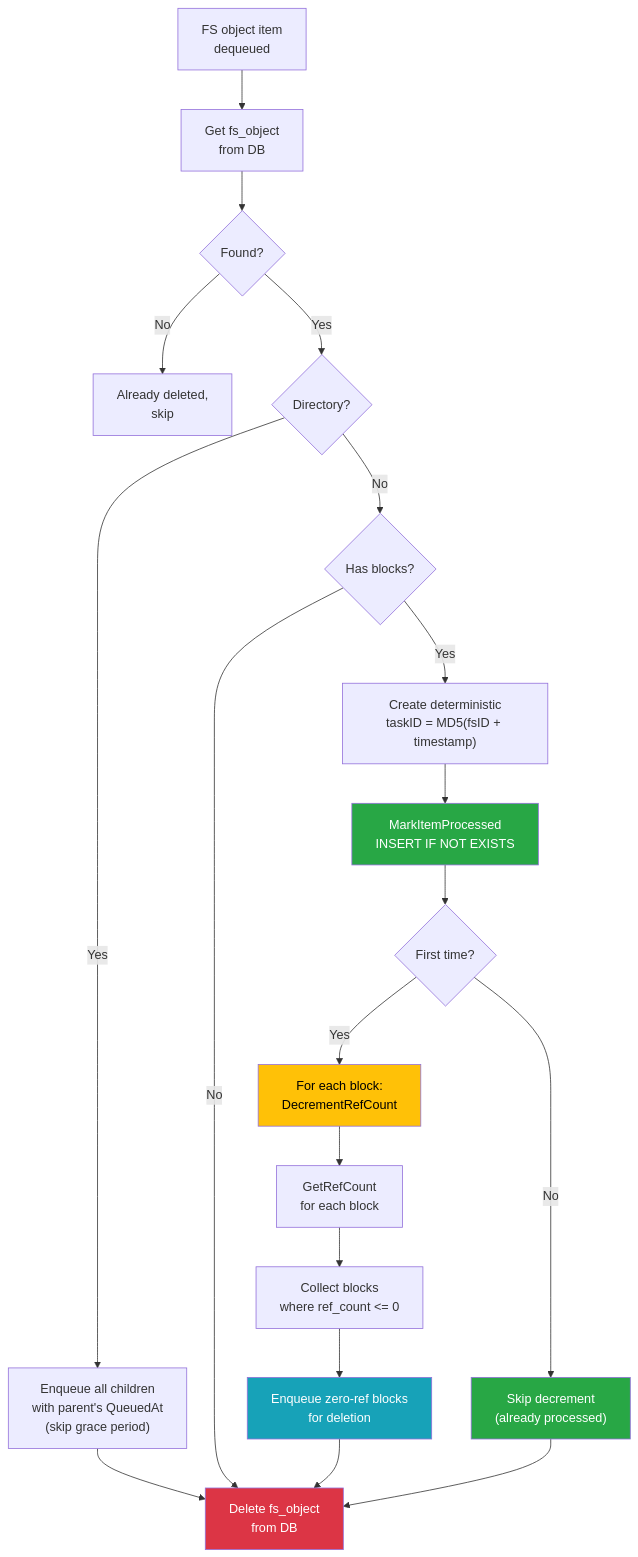
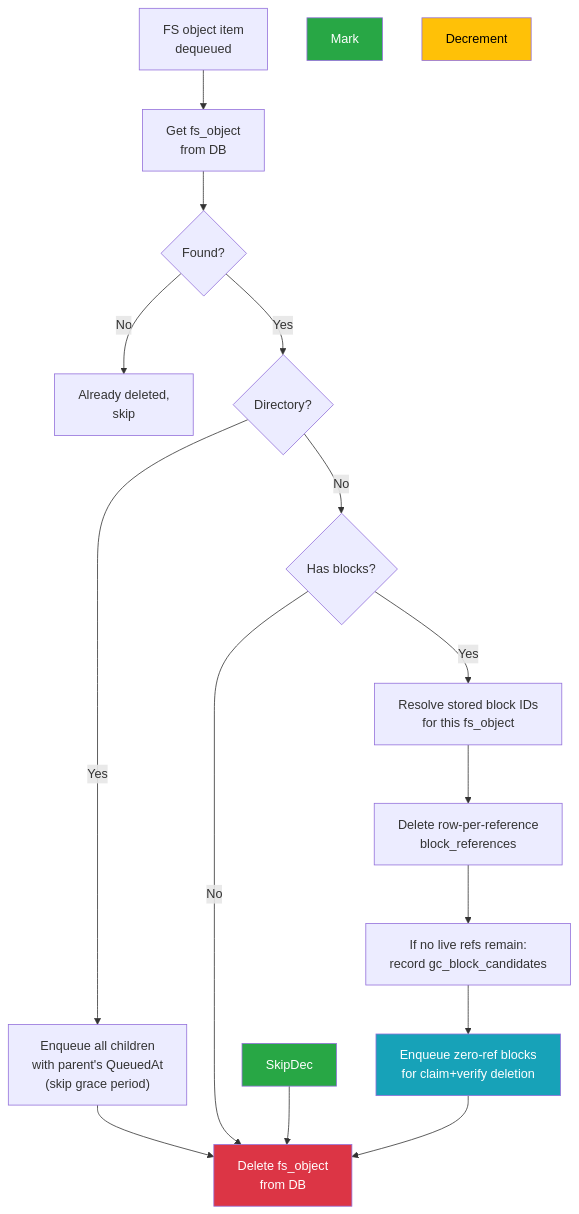
Before and after one commit to Sesame-Disk/cool-storage-api: the third of 6 diagrams in docs/diagrams/gc-flow.md, drawn with Mermaid. The commit also changed 13 other files, not shown here.

````diff
--- a/docs/diagrams/gc-flow.md
+++ b/docs/diagrams/gc-flow.md
@@ -102,35 +102,29 @@
 ```mermaid
 flowchart TD
     Item["FS object item<br/>dequeued"]
     Item --> Get["Get fs_object<br/>from DB"]
     Get --> Found{"Found?"}
     Found -->|No| Done["Already deleted,<br/>skip"]
 
     Found -->|Yes| IsDir{"Directory?"}
     IsDir -->|Yes| EnqKids["Enqueue all children<br/>with parent's QueuedAt<br/>(skip grace period)"]
 
     IsDir -->|No| HasBlocks{"Has blocks?"}
     HasBlocks -->|No| Delete
 
-    HasBlocks -->|Yes| TaskID["Create deterministic<br/>taskID = MD5(fsID + timestamp)"]
-    TaskID --> Mark["MarkItemProcessed<br/>INSERT IF NOT EXISTS"]
-    Mark --> First{"First time?"}
-
-    First -->|Yes| Decrement["For each block:<br/>DecrementRefCount"]
-    Decrement --> Check["GetRefCount<br/>for each block"]
-    Check --> Zero["Collect blocks<br/>where ref_count <= 0"]
-    Zero --> Enqueue["Enqueue zero-ref blocks<br/>for deletion"]
-
-    First -->|No| SkipDec["Skip decrement<br/>(already processed)"]
+    HasBlocks -->|Yes| Resolve["Resolve stored block IDs<br/>for this fs_object"]
+    Resolve --> RemoveRefs["Delete row-per-reference<br/>block_references"]
+    RemoveRefs --> Zero["If no live refs remain:<br/>record gc_block_candidates"]
+    Zero --> Enqueue["Enqueue zero-ref blocks<br/>for claim+verify deletion"]
 
     EnqKids --> Delete
     Enqueue --> Delete
     SkipDec --> Delete
     Delete["Delete fs_object<br/>from DB"]
 
     style Mark fill:#28a745,color:#fff
     style SkipDec fill:#28a745,color:#fff
     style Decrement fill:#ffc107,color:#000
     style Delete fill:#dc3545,color:#fff
     style Enqueue fill:#17a2b8,color:#fff
 ```
````
